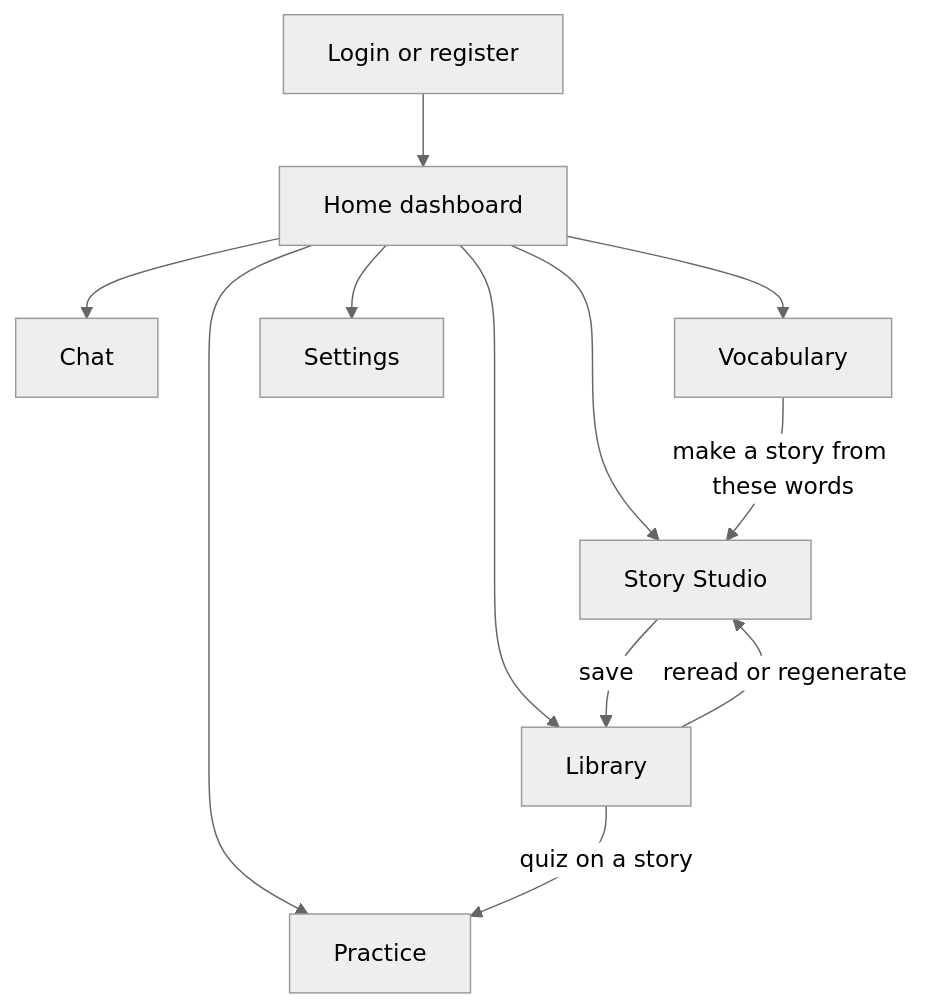
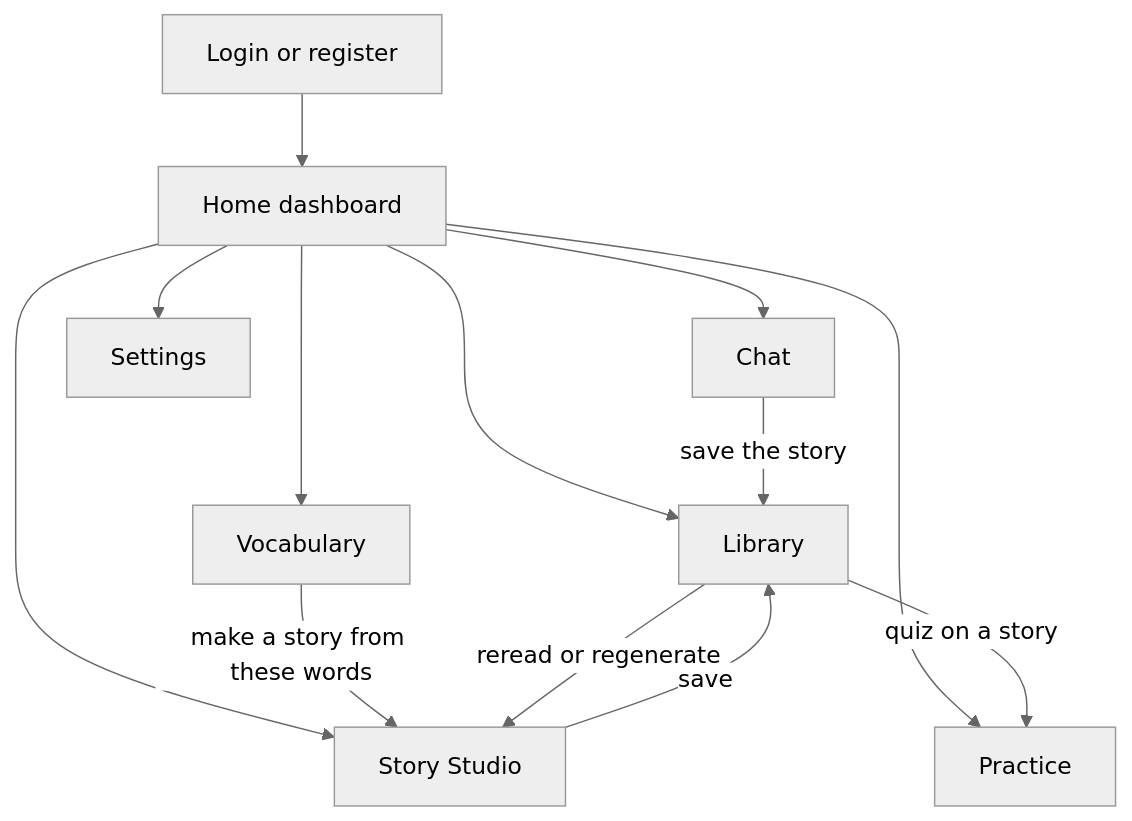
Before and after one commit to stanley-yang-2001/bpllc_project: the third of 5 diagrams in docs/WEB-APP-DESIGN.md, drawn with Mermaid (neutral theme). The commit also changed other lines of this file and 101 other files, not shown here.

````diff
--- a/docs/WEB-APP-DESIGN.md
+++ b/docs/WEB-APP-DESIGN.md
@@ -105,14 +181,15 @@
 ```mermaid
 flowchart TD
   LG["Login or register"] --> H
   H["Home dashboard"] --> C["Chat"]
   H --> V["Vocabulary"]
   H --> S["Story Studio"]
   H --> L["Library"]
   H --> PR["Practice"]
   H --> ST["Settings"]
   V -->|"make a story from these words"| S
+  C -->|"save the story"| L
   S -->|"save"| L
   L -->|"reread or regenerate"| S
   L -->|"quiz on a story"| PR
 ```
````
